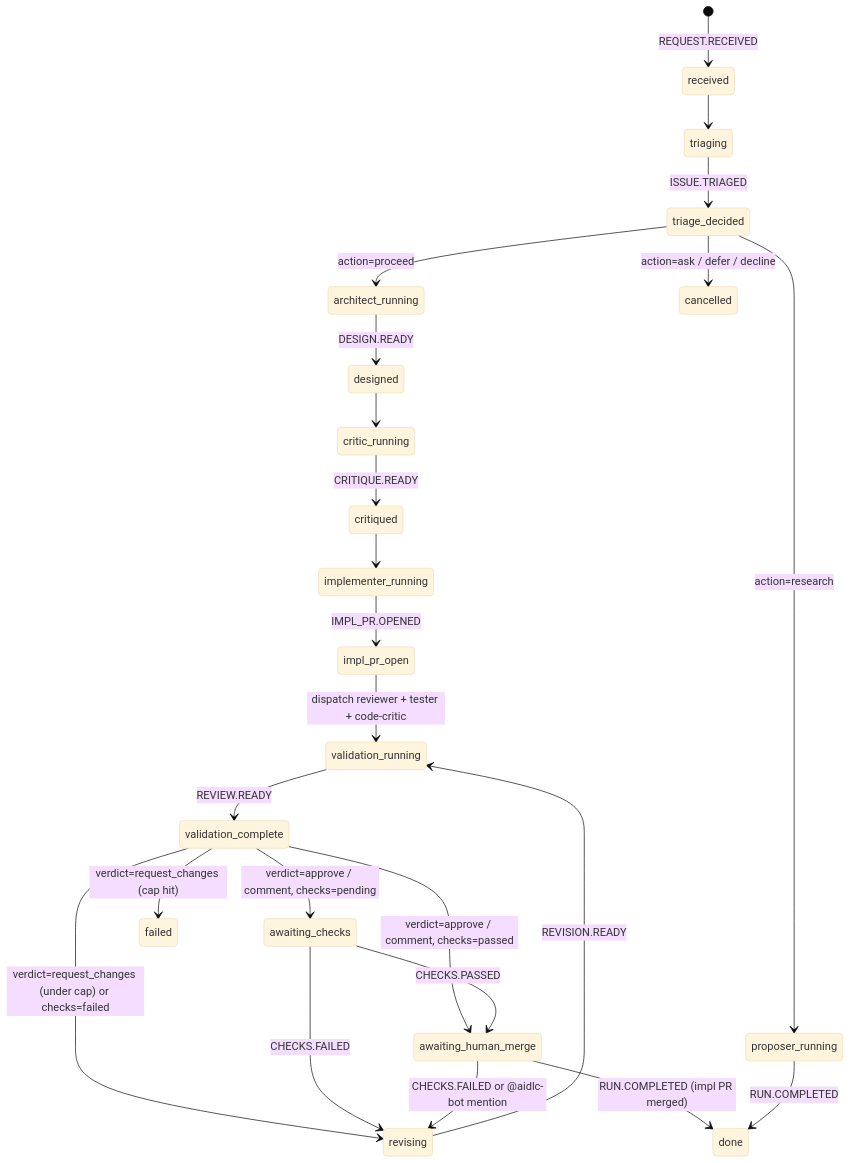
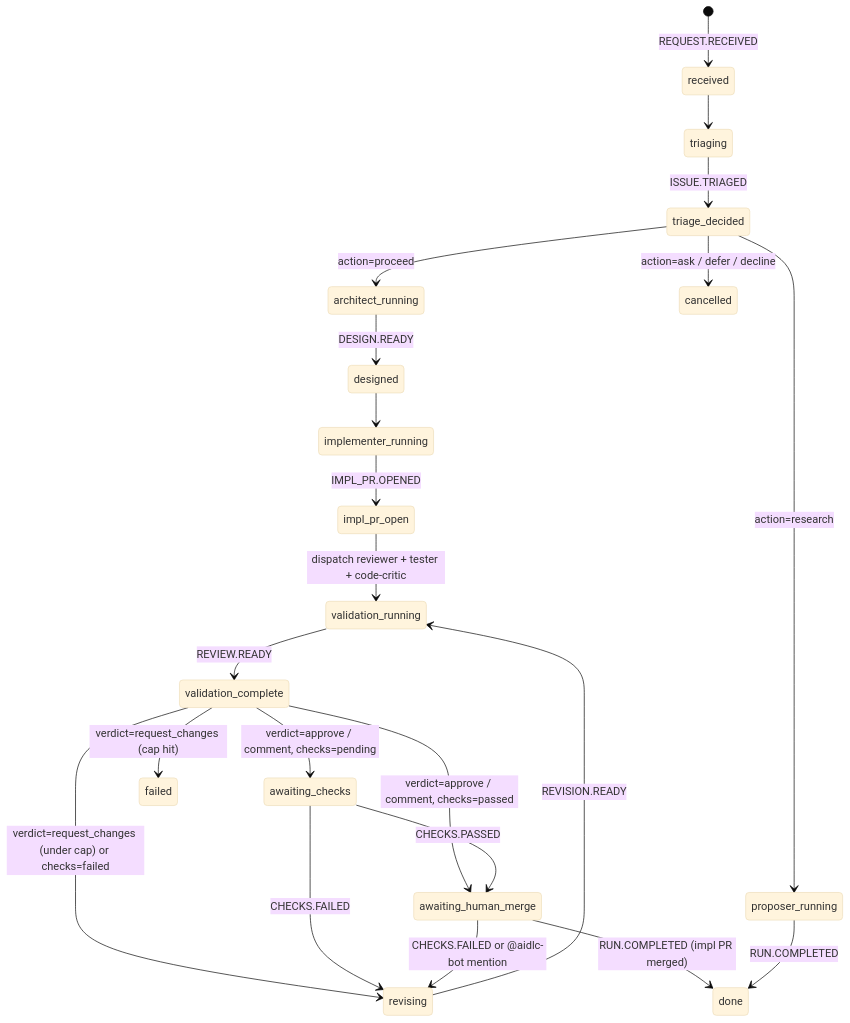
Before and after one commit to smoketurner/ai-dlc: the diagram in AGENTS.md, drawn with Mermaid (base theme). The commit also changed other lines of this file and 69 other files, not shown here.

````diff
--- a/AGENTS.md
+++ b/AGENTS.md
@@ -62,29 +61,27 @@
 ```mermaid
 stateDiagram-v2
     [*] --> received: REQUEST.RECEIVED
     received --> triaging
     triaging --> triage_decided: ISSUE.TRIAGED
 
     triage_decided --> architect_running: action=proceed
     triage_decided --> proposer_running: action=research
     triage_decided --> cancelled: action=ask / defer / decline
 
     architect_running --> designed: DESIGN.READY
-    designed --> critic_running
-    critic_running --> critiqued: CRITIQUE.READY
-    critiqued --> implementer_running
+    designed --> implementer_running
     implementer_running --> impl_pr_open: IMPL_PR.OPENED
     impl_pr_open --> validation_running: dispatch reviewer + tester + code-critic
     validation_running --> validation_complete: REVIEW.READY
     validation_complete --> awaiting_checks: verdict=approve / comment, checks=pending
     validation_complete --> awaiting_human_merge: verdict=approve / comment, checks=passed
     validation_complete --> revising: verdict=request_changes (under cap) or checks=failed
     validation_complete --> failed: verdict=request_changes (cap hit)
     awaiting_checks --> awaiting_human_merge: CHECKS.PASSED
     awaiting_checks --> revising: CHECKS.FAILED
     awaiting_human_merge --> revising: CHECKS.FAILED or @aidlc-bot mention
     awaiting_human_merge --> done: RUN.COMPLETED (impl PR merged)
     revising --> validation_running: REVISION.READY
 
     proposer_running --> done: RUN.COMPLETED
 ```
````
